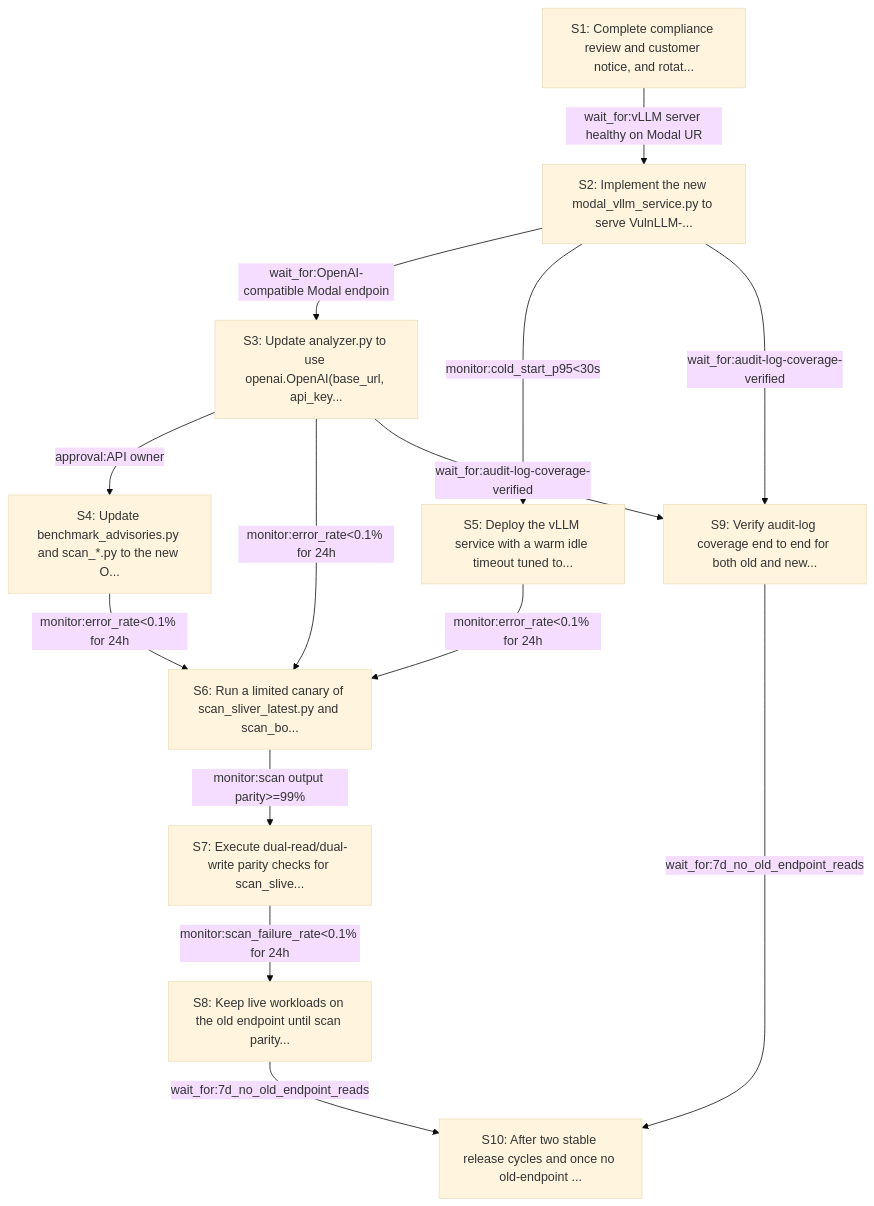
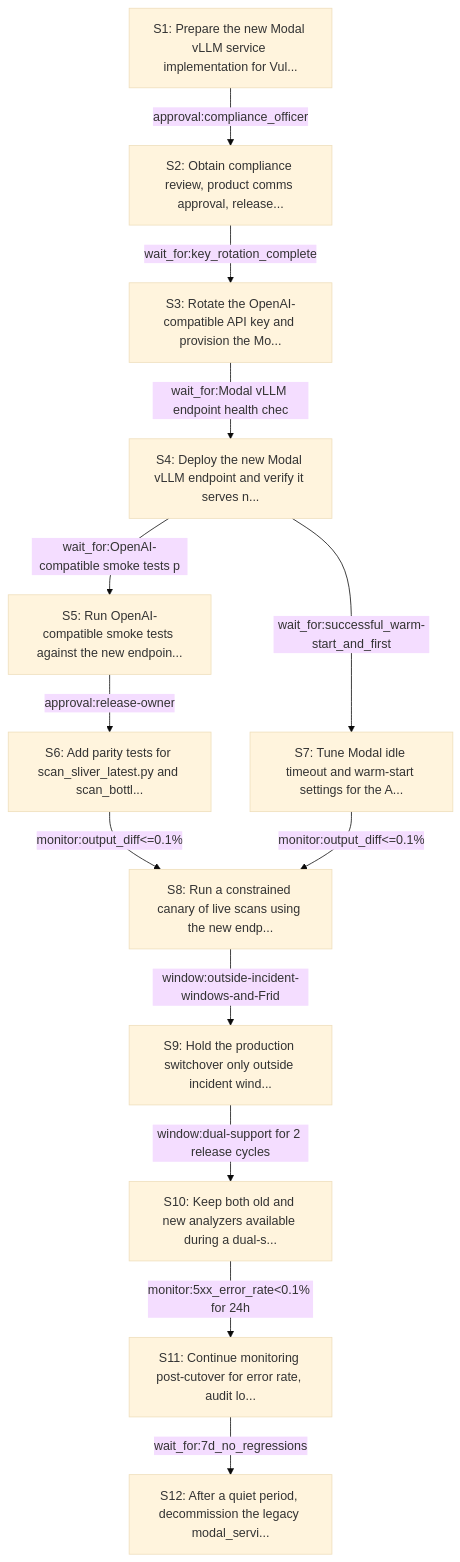
The diagram in rollout-rehearsal/reports/intent_vulnllm_modal_to_vllm.md (N3mes1s/Playground), drawn with Mermaid (base theme) before and after one commit. The commit also changed other lines of this file and 28 other files, not shown here.

````diff
--- a/rollout-rehearsal/reports/intent_vulnllm_modal_to_vllm.md
+++ b/rollout-rehearsal/reports/intent_vulnllm_modal_to_vllm.md
@@ -54,26 +59,27 @@
 ```mermaid
 flowchart TD
-    S1["S1: Complete compliance review and customer notice, and rotat..."]
-    S2["S2: Implement the new modal_vllm_service.py to serve VulnLLM-..."]
-    S1 -->|wait_for:vLLM server healthy on Modal UR| S2
-    S3["S3: Update analyzer.py to use openai.OpenAI(base_url, api_key..."]
-    S2 -->|wait_for:OpenAI-compatible Modal endpoin| S3
-    S4["S4: Update benchmark_advisories.py and scan_*.py to the new O..."]
-    S3 -->|approval:API owner| S4
-    S5["S5: Deploy the vLLM service with a warm idle timeout tuned to..."]
-    S2 -->|monitor:cold_start_p95<30s| S5
-    S6["S6: Run a limited canary of scan_sliver_latest.py and scan_bo..."]
-    S3 -->|monitor:error_rate<0.1% for 24h| S6
-    S4 -->|monitor:error_rate<0.1% for 24h| S6
-    S5 -->|monitor:error_rate<0.1% for 24h| S6
-    S7["S7: Execute dual-read/dual-write parity checks for scan_slive..."]
-    S6 -->|monitor:scan output parity>=99%| S7
-    S8["S8: Keep live workloads on the old endpoint until scan parity..."]
-    S7 -->|monitor:scan_failure_rate<0.1% for 24h| S8
-    S9["S9: Verify audit-log coverage end to end for both old and new..."]
-    S2 -->|wait_for:audit-log-coverage-verified| S9
-    S3 -->|wait_for:audit-log-coverage-verified| S9
-    S10["S10: After two stable release cycles and once no old-endpoint ..."]
-    S8 -->|wait_for:7d_no_old_endpoint_reads| S10
-    S9 -->|wait_for:7d_no_old_endpoint_reads| S10
+    S1["S1: Prepare the new Modal vLLM service implementation for Vul..."]
+    S2["S2: Obtain compliance review, product comms approval, release..."]
+    S1 -->|approval:compliance_officer| S2
+    S3["S3: Rotate the OpenAI-compatible API key and provision the Mo..."]
+    S2 -->|wait_for:key_rotation_complete| S3
+    S4["S4: Deploy the new Modal vLLM endpoint and verify it serves n..."]
+    S3 -->|wait_for:Modal vLLM endpoint health chec| S4
+    S5["S5: Run OpenAI-compatible smoke tests against the new endpoin..."]
+    S4 -->|wait_for:OpenAI-compatible smoke tests p| S5
+    S6["S6: Add parity tests for scan_sliver_latest.py and scan_bottl..."]
+    S5 -->|approval:release-owner| S6
+    S7["S7: Tune Modal idle timeout and warm-start settings for the A..."]
+    S4 -->|wait_for:successful_warm-start_and_first| S7
+    S8["S8: Run a constrained canary of live scans using the new endp..."]
+    S6 -->|monitor:output_diff<=0.1%| S8
+    S7 -->|monitor:output_diff<=0.1%| S8
+    S9["S9: Hold the production switchover only outside incident wind..."]
+    S8 -->|window:outside-incident-windows-and-Frid| S9
+    S10["S10: Keep both old and new analyzers available during a dual-s..."]
+    S9 -->|window:dual-support for 2 release cycles| S10
+    S11["S11: Continue monitoring post-cutover for error rate, audit lo..."]
+    S10 -->|monitor:5xx_error_rate<0.1% for 24h| S11
+    S12["S12: After a quiet period, decommission the legacy modal_servi..."]
+    S11 -->|wait_for:7d_no_regressions| S12
 ```
````
